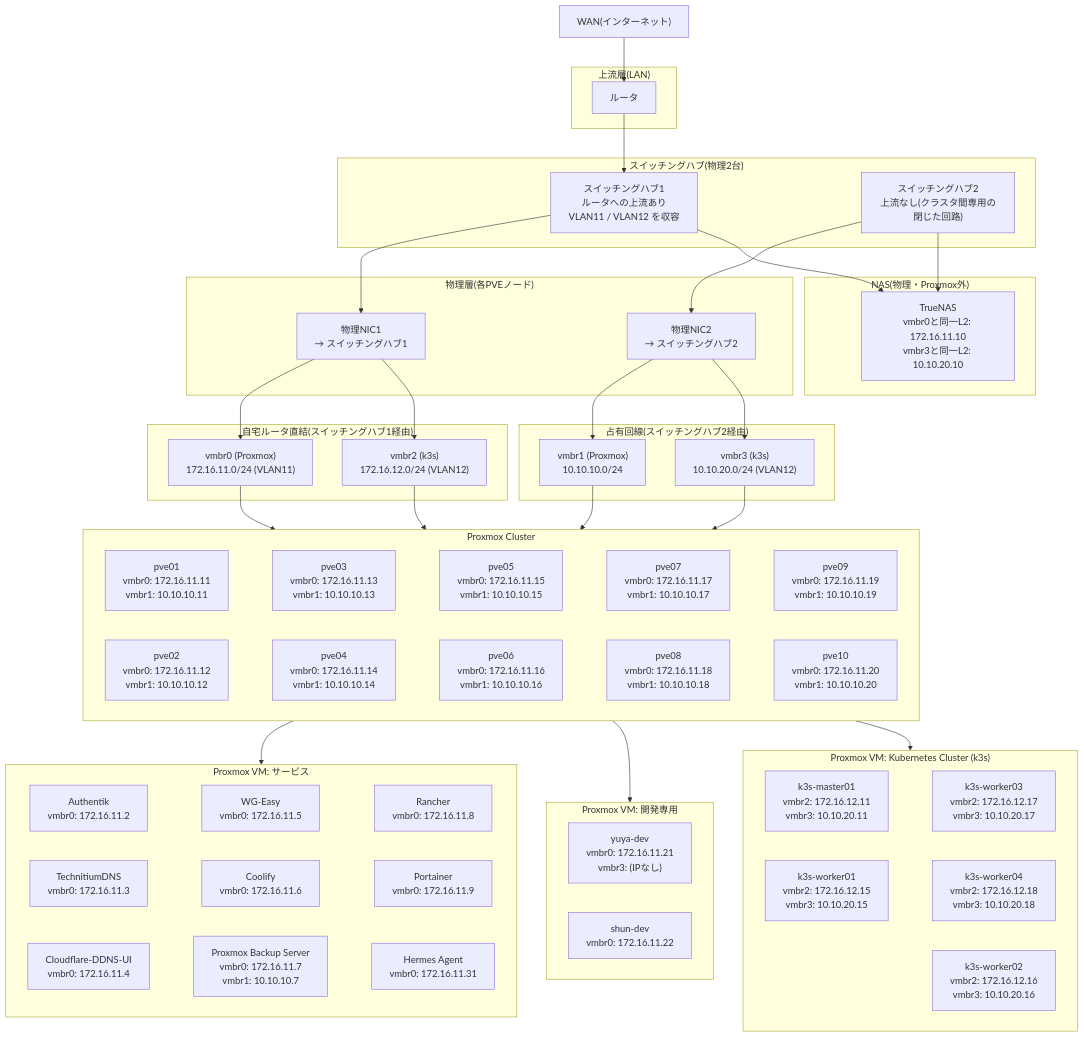
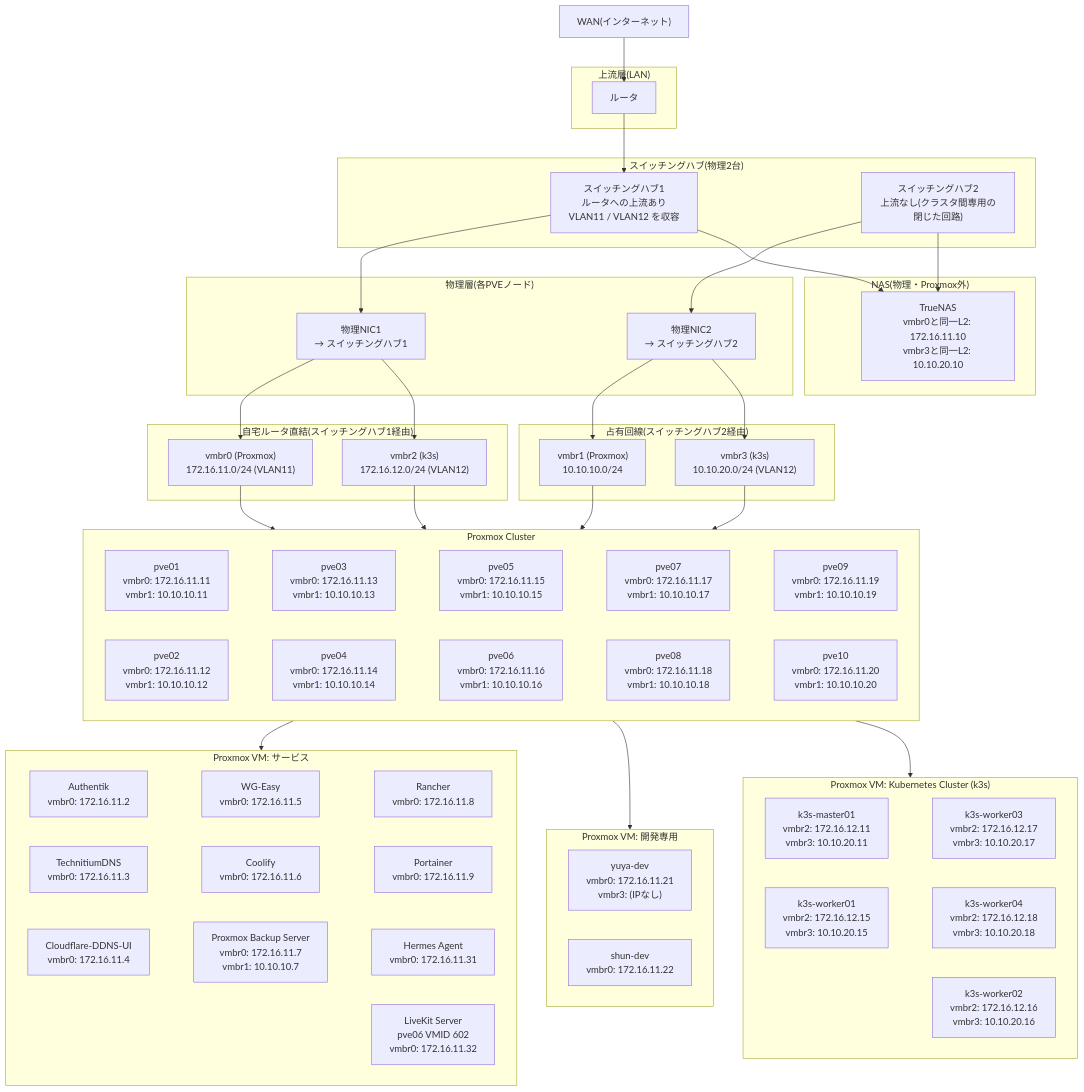
Before and after one commit to CHACCHAN/infrastructure: the first of 2 diagrams in infrastructure.md, drawn with Mermaid. The commit also changed other lines of this file and 18 other files, not shown here.

First line of the commit message:
LiveKit ServerのVM構築に関する設定とプレイブックを追加

```diff
--- a/infrastructure.md
+++ b/infrastructure.md
@@ -54,6 +54,7 @@
     vm_service06["Proxmox Backup Server<br>vmbr0: 172.16.11.7<br>vmbr1: 10.10.10.7"]
     vm_service07["Rancher<br>vmbr0: 172.16.11.8"]
     vm_service08["Portainer<br>vmbr0: 172.16.11.9"]
+    vm_livekit["LiveKit Server<br>pve06 VMID 602<br>vmbr0: 172.16.11.32"]
     vm_service09["Hermes Agent<br>vmbr0: 172.16.11.31"]
 
     vm_service01 ~~~ vm_service04 ~~~ vm_service07
```
